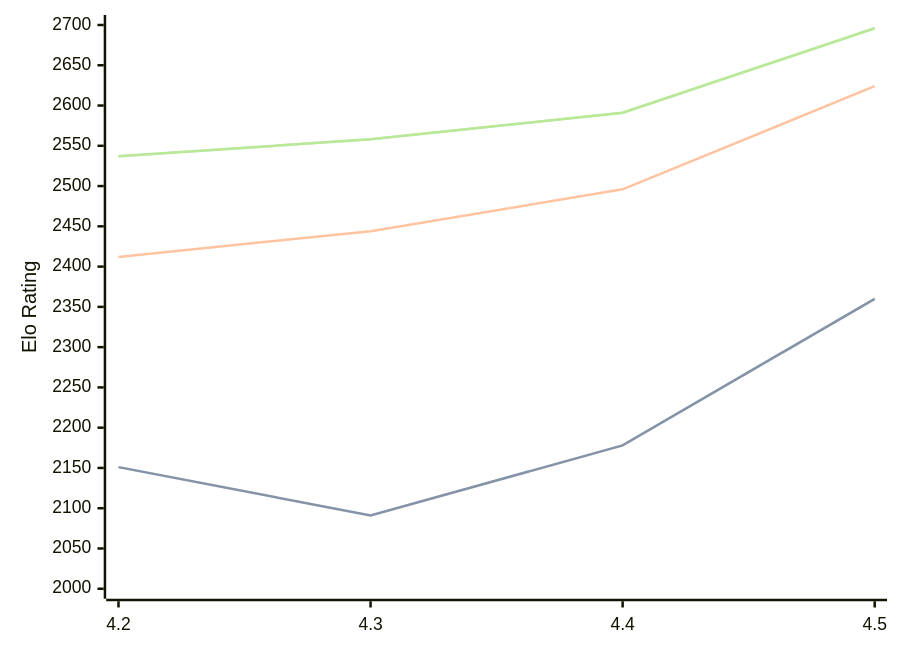
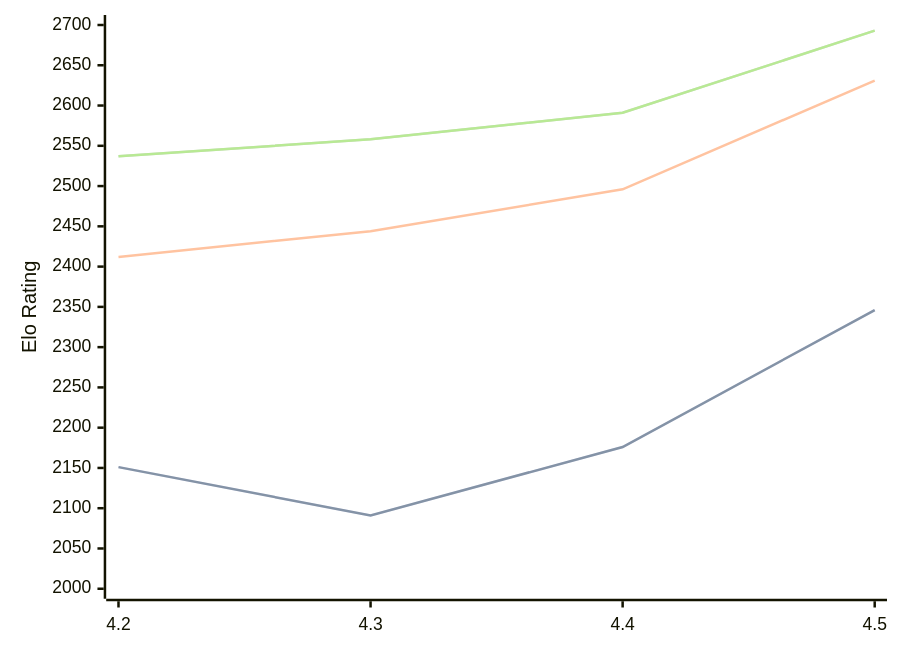
One commit to computer-chess-index/cci changed the third of 3 diagrams in engines/Eubos.md. Above: the diagram before and after it, drawn with Mermaid. The commit also changed other lines of this file, not shown here.

Commit message:
Update CCI Ratings (ELO VLTC) - 2026-06-17

````diff
--- a/engines/Eubos.md
+++ b/engines/Eubos.md
@@ -123,11 +123,11 @@
 ```mermaid
 %%{init: {"theme":"base","themeVariables":{"seriesColors:['#a3a3a3','#222221','#faa371']}}}%%
 xychart-beta
   x-axis ["4.2", "4.3", "4.4", "4.5"]
   y-axis "Elo Rating" 2000 --> 2700
-  line "STC (8.0+0.08s)" [2151, 2091, 2178, 2360]
-  line "STC (8.0+0.08s)" [2151, 2091, 2178, 2360]
-  line "LTC (60.0+0.60s)" [2412, 2444, 2496, 2624]
-  line "VLTC (2m24s+1.12s)" [2537, 2558, 2591, 2696]
-  line "VLTC (2m24s+1.12s)" [2537, 2558, 2591, 2696]
+  line "STC (8.0+0.08s)" [2151, 2091, 2176, 2346]
+  line "STC (8.0+0.08s)" [2151, 2091, 2176, 2346]
+  line "LTC (60.0+0.60s)" [2412, 2444, 2496, 2631]
+  line "VLTC (2m24s+1.12s)" [2537, 2558, 2591, 2693]
+  line "VLTC (2m24s+1.12s)" [2537, 2558, 2591, 2693]
 ```
````
